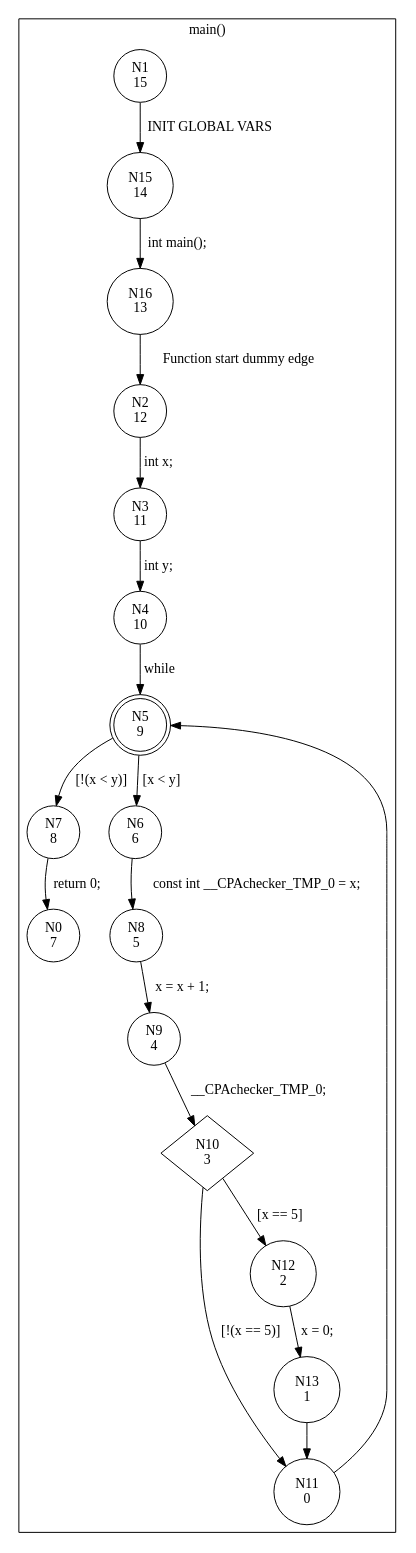
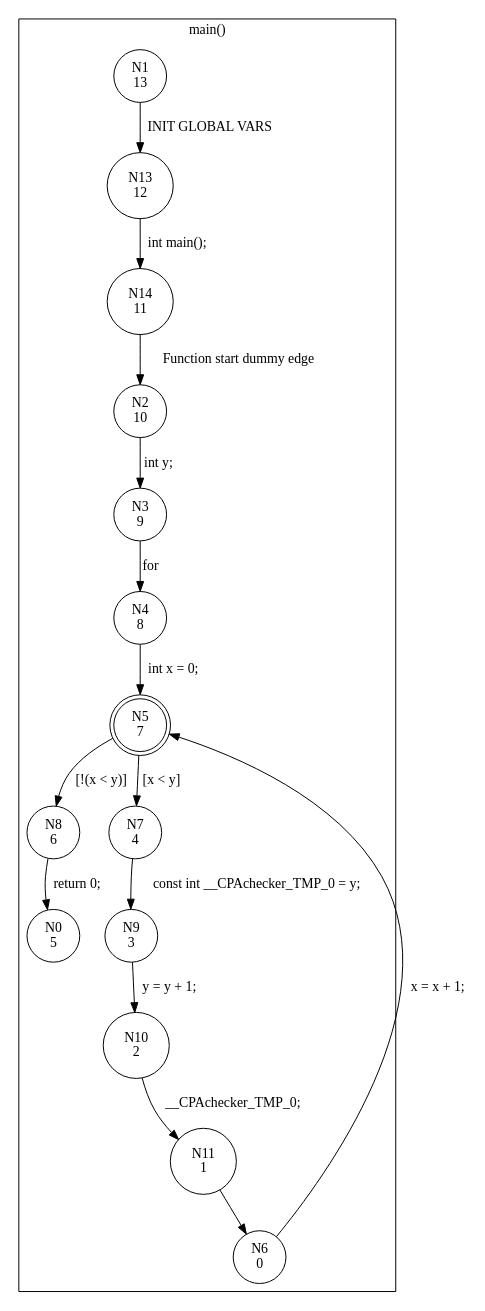
One commit to sosy-lab/cpachecker changed the diagram in bin/output/cfa.dot. Above: the diagram before and after it, drawn with Graphviz. The commit also changed 19 other files, not shown here.

```diff
--- a/bin/output/cfa.dot
+++ b/bin/output/cfa.dot
@@ -1,38 +1,33 @@
 digraph CFA {
-1 [shape="circle" label="N1\n15"]
-15 [shape="circle" label="N15\n14"]
-16 [shape="circle" label="N16\n13"]
-2 [shape="circle" label="N2\n12"]
-3 [shape="circle" label="N3\n11"]
-4 [shape="circle" label="N4\n10"]
-5 [shape="doublecircle" label="N5\n9"]
-7 [shape="circle" label="N7\n8"]
-0 [shape="circle" label="N0\n7"]
-6 [shape="circle" label="N6\n6"]
-8 [shape="circle" label="N8\n5"]
-9 [shape="circle" label="N9\n4"]
-10 [shape="diamond" label="N10\n3"]
-11 [shape="circle" label="N11\n0"]
-12 [shape="circle" label="N12\n2"]
-13 [shape="circle" label="N13\n1"]
+1 [shape="circle" label="N1\n13"]
+13 [shape="circle" label="N13\n12"]
+14 [shape="circle" label="N14\n11"]
+2 [shape="circle" label="N2\n10"]
+3 [shape="circle" label="N3\n9"]
+4 [shape="circle" label="N4\n8"]
+5 [shape="doublecircle" label="N5\n7"]
+8 [shape="circle" label="N8\n6"]
+0 [shape="circle" label="N0\n5"]
+7 [shape="circle" label="N7\n4"]
+9 [shape="circle" label="N9\n3"]
+10 [shape="circle" label="N10\n2"]
+11 [shape="circle" label="N11\n1"]
+6 [shape="circle" label="N6\n0"]
 node [shape="circle"]
 subgraph cluster_main {
 label="main()"
-1 -> 15 [label="INIT GLOBAL VARS"]
-15 -> 16 [label="int main();"]
-16 -> 2 [label="Function start dummy edge"]
-2 -> 3 [label="int x;"]
-3 -> 4 [label="int y;"]
-4 -> 5 [label="while"]
-5 -> 6 [label="[x < y]"]
-5 -> 7 [label="[!(x < y)]"]
-7 -> 0 [label="return 0;"]
-6 -> 8 [label="const int __CPAchecker_TMP_0 = x;"]
-8 -> 9 [label="x = x + 1;"]
-9 -> 10 [label="__CPAchecker_TMP_0;"]
-10 -> 12 [label="[x == 5]"]
-10 -> 11 [label="[!(x == 5)]"]
-11 -> 5 [label=""]
-12 -> 13 [label="x = 0;"]
-13 -> 11 [label=""]}
+1 -> 13 [label="INIT GLOBAL VARS"]
+13 -> 14 [label="int main();"]
+14 -> 2 [label="Function start dummy edge"]
+2 -> 3 [label="int y;"]
+3 -> 4 [label="for"]
+4 -> 5 [label="int x = 0;"]
+5 -> 7 [label="[x < y]"]
+5 -> 8 [label="[!(x < y)]"]
+8 -> 0 [label="return 0;"]
+7 -> 9 [label="const int __CPAchecker_TMP_0 = y;"]
+9 -> 10 [label="y = y + 1;"]
+10 -> 11 [label="__CPAchecker_TMP_0;"]
+11 -> 6 [label=""]
+6 -> 5 [label="x = x + 1;"]}
 }
```
